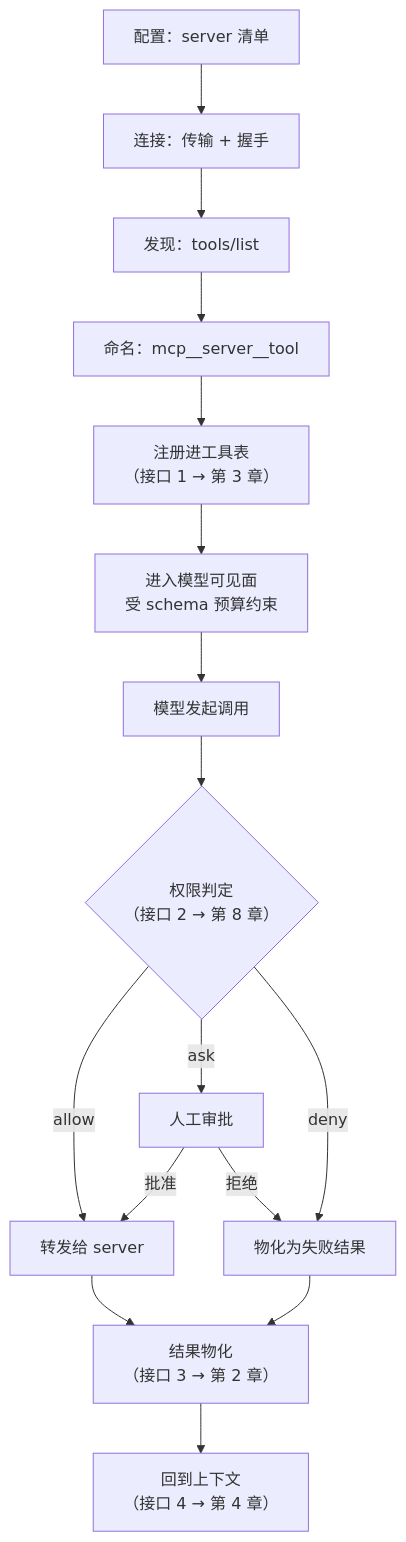
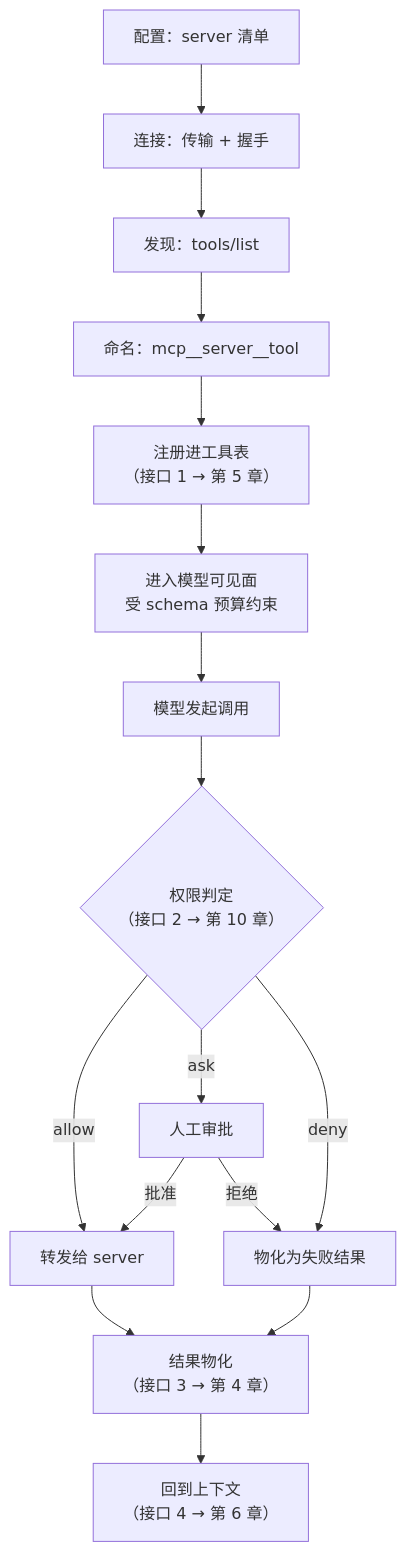
One commit to JustinEric777/Agents-Research changed the diagram in 13-MCP与外部能力接入四项目对比分析.md. Above: the diagram before and after it, drawn with Mermaid. The commit also changed other lines of this file and 18 other files, not shown here.

````diff
--- a/13-MCP与外部能力接入四项目对比分析.md
+++ b/13-MCP与外部能力接入四项目对比分析.md
@@ -1750,18 +1750,18 @@
 ```mermaid
 flowchart TD
   A["配置：server 清单"] --> B["连接：传输 + 握手"]
   B --> C["发现：tools/list"]
   C --> D["命名：mcp__server__tool"]
-  D --> E["注册进工具表<br/>（接口 1 → 第 3 章）"]
+  D --> E["注册进工具表<br/>（接口 1 → 第 5 章）"]
   E --> F["进入模型可见面<br/>受 schema 预算约束"]
   F --> G["模型发起调用"]
-  G --> H{"权限判定<br/>（接口 2 → 第 8 章）"}
+  G --> H{"权限判定<br/>（接口 2 → 第 10 章）"}
   H -->|"allow"| I["转发给 server"]
   H -->|"ask"| J["人工审批"]
   H -->|"deny"| K["物化为失败结果"]
   J -->|"批准"| I
   J -->|"拒绝"| K
-  I --> L["结果物化<br/>（接口 3 → 第 2 章）"]
+  I --> L["结果物化<br/>（接口 3 → 第 4 章）"]
   K --> L
-  L --> M["回到上下文<br/>（接口 4 → 第 4 章）"]
+  L --> M["回到上下文<br/>（接口 4 → 第 6 章）"]
 ```
````
